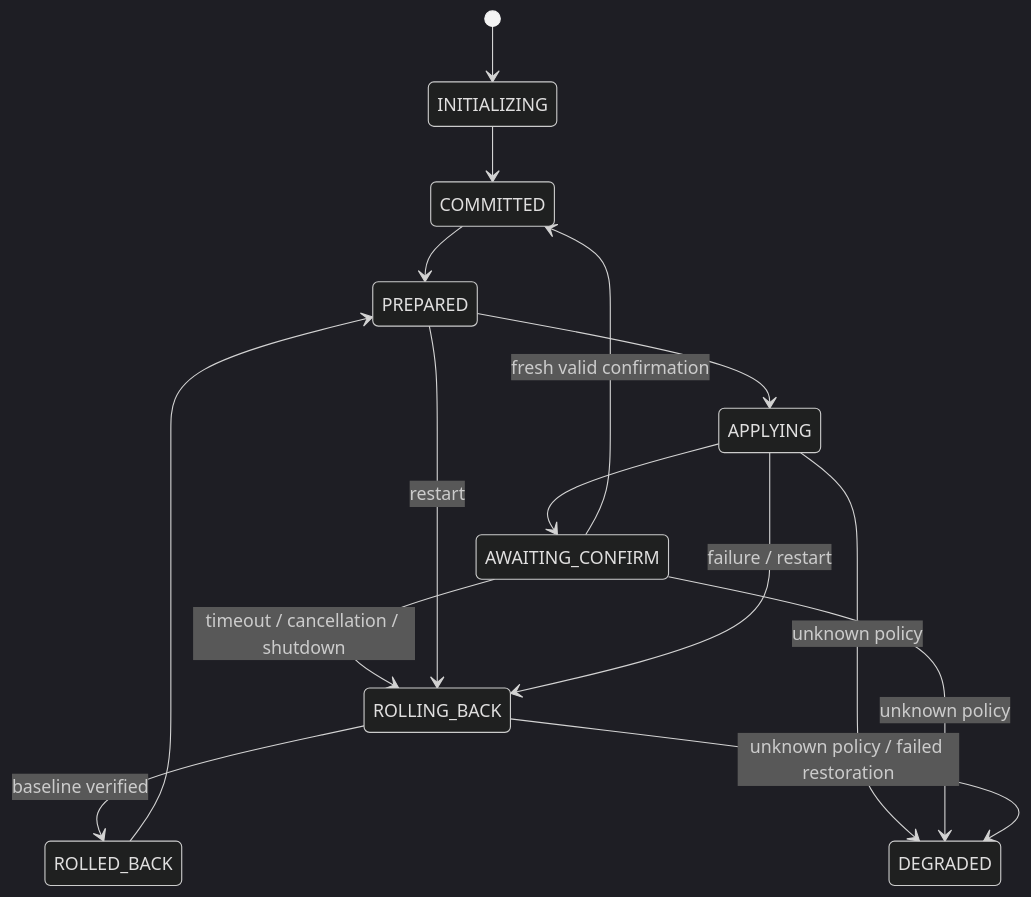
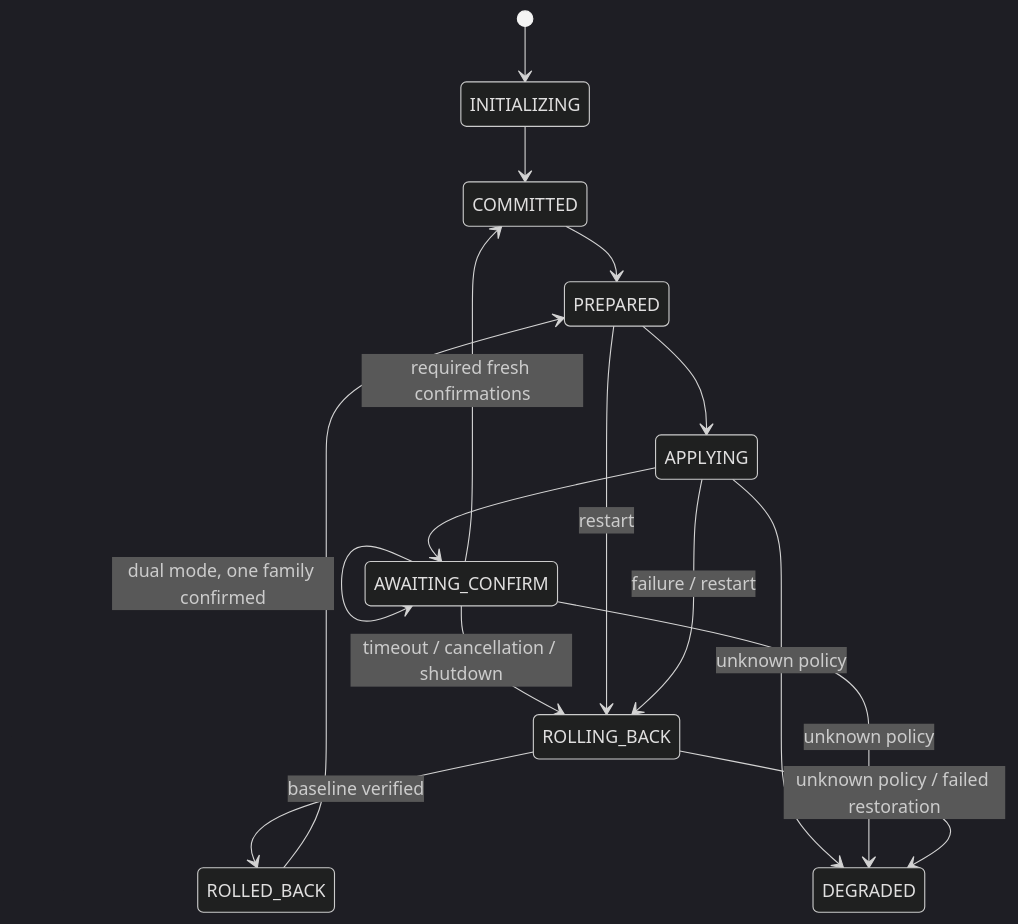
Before and after one commit to andrew29mo/rulemoor: the diagram in docs/ARCHITECTURE.md, drawn with Mermaid (dark theme). The commit also changed other lines of this file and 34 other files, not shown here.

First line of the commit message:
Add explicit dual-stack policies and family-specific confirmations

````diff
--- a/docs/ARCHITECTURE.md
+++ b/docs/ARCHITECTURE.md
@@ -15,17 +15,18 @@
 ```mermaid
 stateDiagram-v2
     [*] --> INITIALIZING
     INITIALIZING --> COMMITTED
     COMMITTED --> PREPARED
     ROLLED_BACK --> PREPARED
     PREPARED --> APPLYING
     APPLYING --> AWAITING_CONFIRM
-    AWAITING_CONFIRM --> COMMITTED: fresh valid confirmation
+    AWAITING_CONFIRM --> AWAITING_CONFIRM: dual mode, one family confirmed
+    AWAITING_CONFIRM --> COMMITTED: required fresh confirmations
     AWAITING_CONFIRM --> ROLLING_BACK: timeout / cancellation / shutdown
     PREPARED --> ROLLING_BACK: restart
     APPLYING --> ROLLING_BACK: failure / restart
     ROLLING_BACK --> ROLLED_BACK: baseline verified
     APPLYING --> DEGRADED: unknown policy
     AWAITING_CONFIRM --> DEGRADED: unknown policy
     ROLLING_BACK --> DEGRADED: unknown policy / failed restoration
 ```
````
